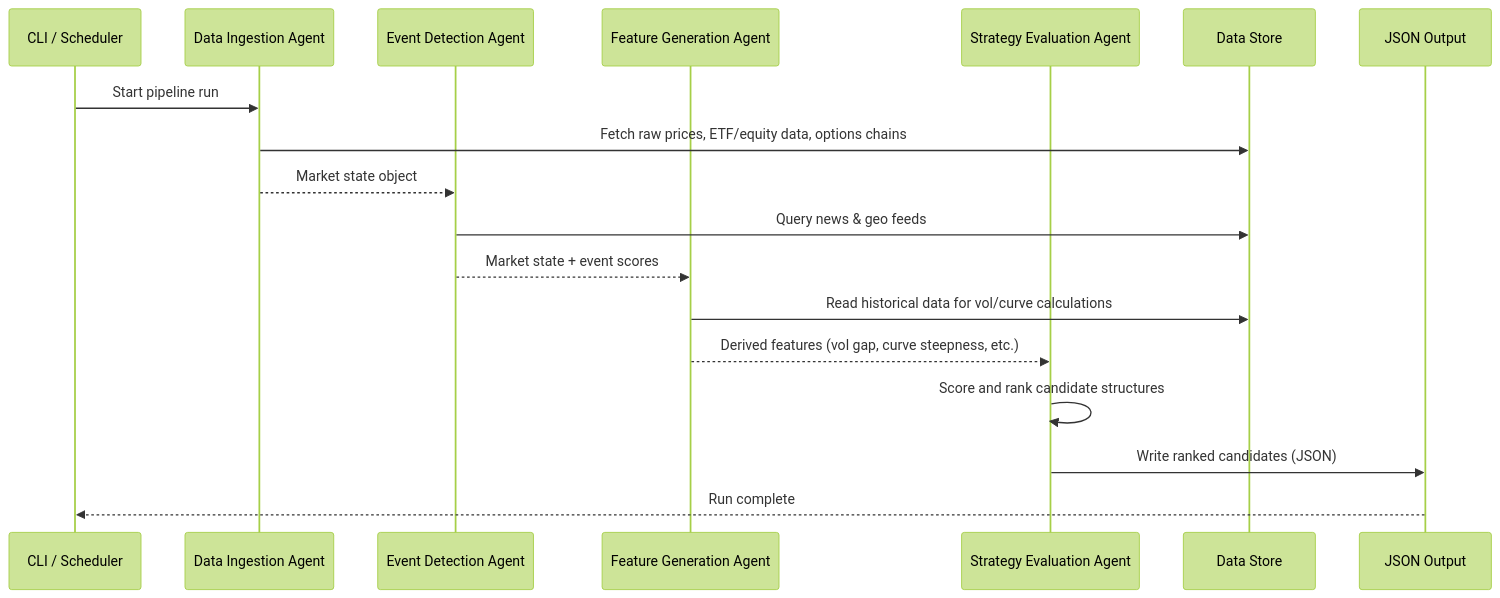
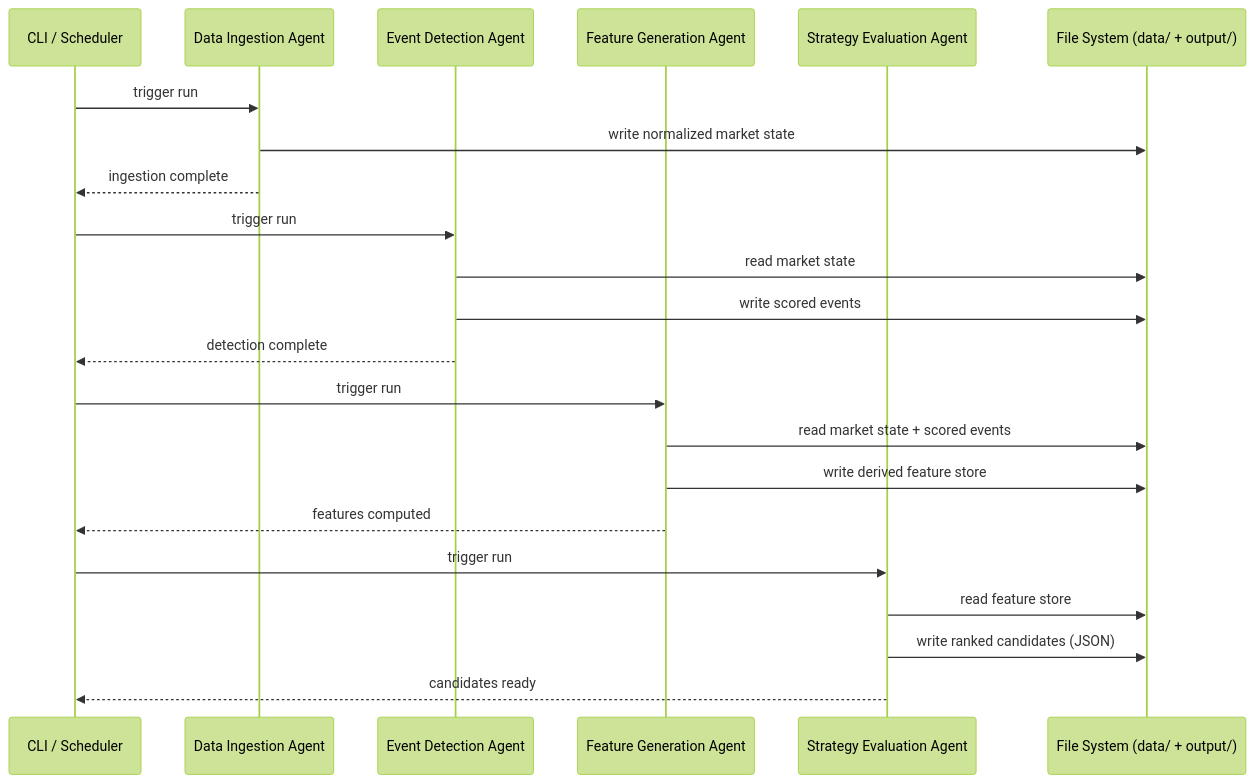
Before and after one commit to jeisenback/golden_boy_peanuts: the second of 2 diagrams in docs/generated/user_guide_full-pipeline.md, drawn with Mermaid (forest theme). The commit also changed other lines of this file, not shown here.

````diff
--- a/docs/generated/user_guide_full-pipeline.md
+++ b/docs/generated/user_guide_full-pipeline.md
@@ -237,21 +220,28 @@
 ```mermaid
 sequenceDiagram
     participant CLI as CLI / Scheduler
     participant DIA as Data Ingestion Agent
     participant EDA as Event Detection Agent
     participant FGA as Feature Generation Agent
     participant SEA as Strategy Evaluation Agent
-    participant Store as Data Store
-    participant Out as JSON Output
+    participant FS  as File System (data/ + output/)
 
-    CLI->>DIA: Start pipeline run
-    DIA->>Store: Fetch raw prices, ETF/equity data, options chains
-    DIA-->>EDA: Market state object
-    EDA->>Store: Query news & geo feeds
-    EDA-->>FGA: Market state + event scores
-    FGA->>Store: Read historical data for vol/curve calculations
-    FGA-->>SEA: Derived features (vol gap, curve steepness, etc.)
-    SEA->>SEA: Score and rank candidate structures
-    SEA->>Out: Write ranked candidates (JSON)
-    Out-->>CLI: Run complete
+    CLI->>DIA: trigger run
+    DIA->>FS: write normalized market state
+    DIA-->>CLI: ingestion complete
+
+    CLI->>EDA: trigger run
+    EDA->>FS: read market state
+    EDA->>FS: write scored events
+    EDA-->>CLI: detection complete
+
+    CLI->>FGA: trigger run
+    FGA->>FS: read market state + scored events
+    FGA->>FS: write derived feature store
+    FGA-->>CLI: features computed
+
+    CLI->>SEA: trigger run
+    SEA->>FS: read feature store
+    SEA->>FS: write ranked candidates (JSON)
+    SEA-->>CLI: candidates ready
 ```
````
